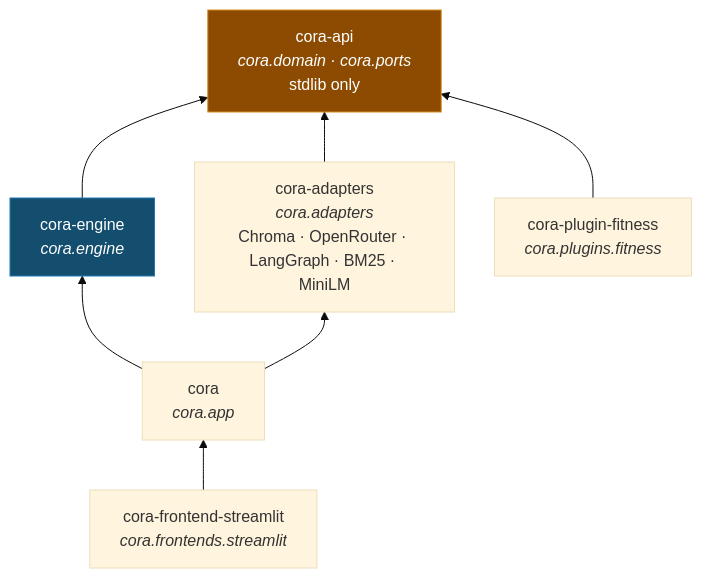
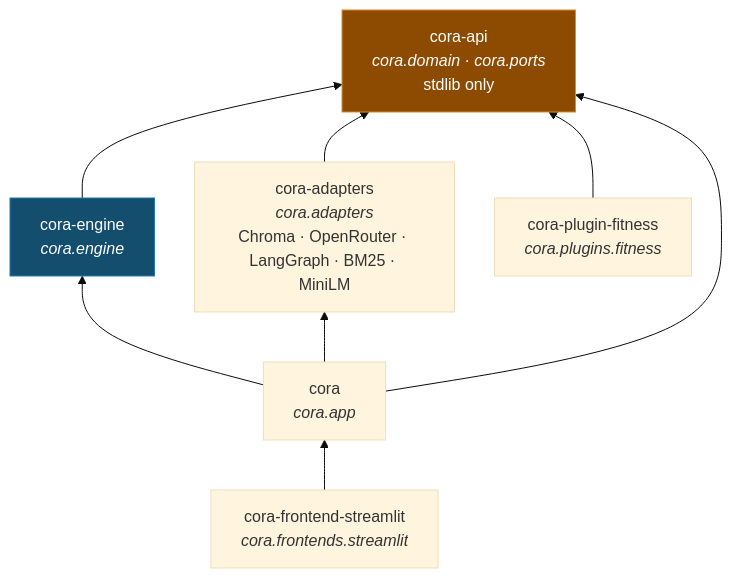
One commit to aschog/cora changed the second of 2 diagrams in docs/big-picture.md. Above: the diagram before and after it, drawn with Mermaid (base theme). The commit also changed other lines of this file and 2 other files, not shown here.

````diff
--- a/docs/big-picture.md
+++ b/docs/big-picture.md
@@ -123,22 +127,23 @@
 ```mermaid
 %%{init: {"flowchart": {"nodeSpacing": 40, "rankSpacing": 50, "curve": "basis"}}}%%
 flowchart BT
   api["cora-api<br/><i>cora.domain · cora.ports</i><br/>stdlib only"]
   engine["cora-engine<br/><i>cora.engine</i>"]
   adapters["cora-adapters<br/><i>cora.adapters</i><br/>Chroma · OpenRouter · LangGraph · BM25 · MiniLM"]
   app["cora<br/><i>cora.app</i>"]
   fitness["cora-plugin-fitness<br/><i>cora.plugins.fitness</i>"]
   shell["cora-frontend-streamlit<br/><i>cora.frontends.streamlit</i>"]
 
   engine --> api
   adapters --> api
   fitness --> api
+  app --> api
   app --> engine
   app --> adapters
   shell --> app
 
   classDef contract fill:#8c4b00,stroke:#d98a1f,color:#fff;
   classDef logic fill:#134e6f,stroke:#1f78b4,color:#fff;
   class api contract;
   class engine logic;
 ```
````
